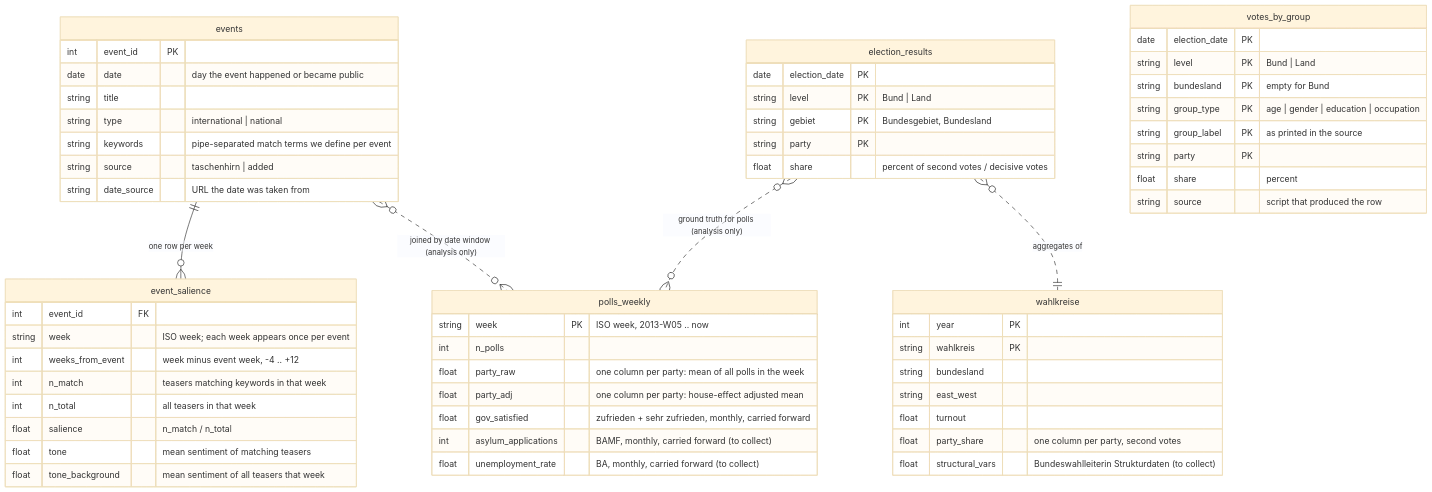
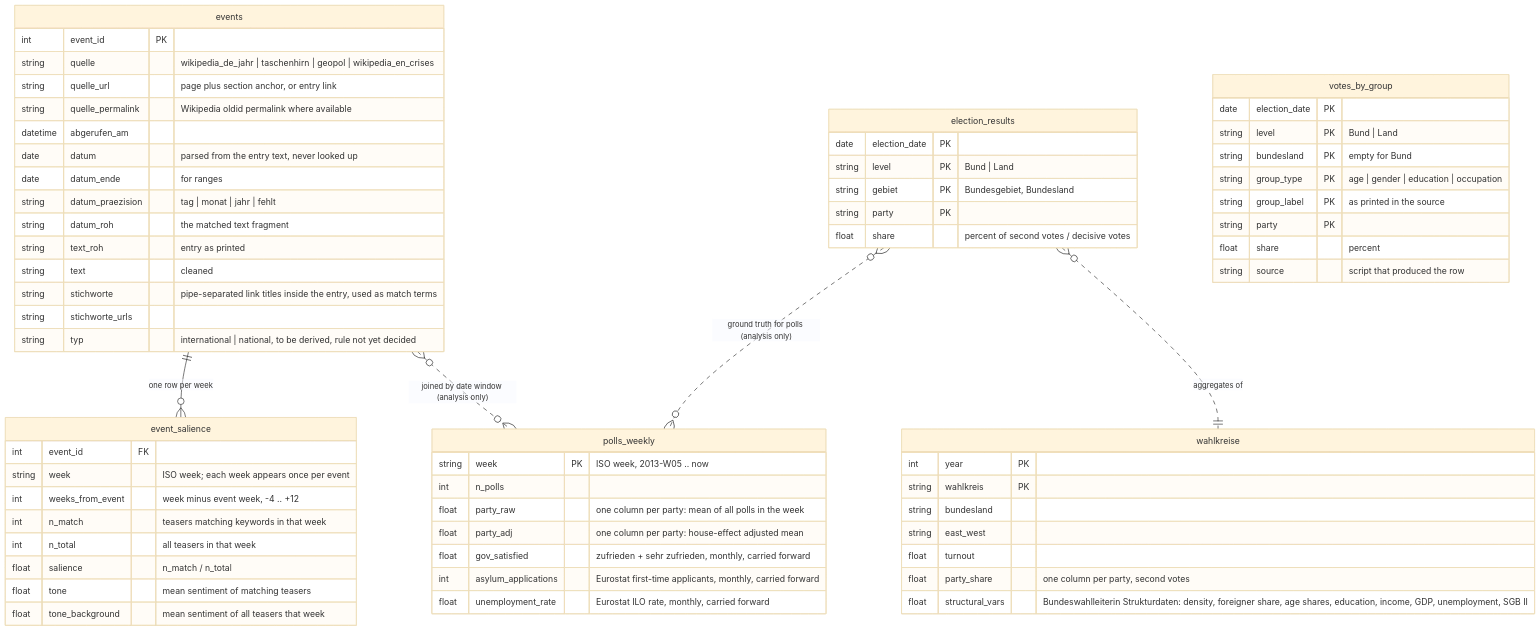
Before and after one commit to zebraschmetterling/DALAS-Project: the diagram in docs/data_model.md, drawn with Mermaid (base theme). The commit also changed other lines of this file and 28 other files, not shown here.

First line of the commit message:
Add event sources, structural data, controls, exit-poll extension, docs and project rules

````diff
--- a/docs/data_model.md
+++ b/docs/data_model.md
@@ -15,67 +15,74 @@
 ```mermaid
 erDiagram
     events ||--o{ event_salience : "one row per week"
     events }o..o{ polls_weekly : "joined by date window (analysis only)"
     election_results }o..o{ polls_weekly : "ground truth for polls (analysis only)"
     election_results }o..|| wahlkreise : "aggregates of"
 
     polls_weekly {
         string week PK "ISO week, 2013-W05 .. now"
         int n_polls
         float party_raw "one column per party: mean of all polls in the week"
         float party_adj "one column per party: house-effect adjusted mean"
         float gov_satisfied "zufrieden + sehr zufrieden, monthly, carried forward"
-        int asylum_applications "BAMF, monthly, carried forward (to collect)"
-        float unemployment_rate "BA, monthly, carried forward (to collect)"
+        int asylum_applications "Eurostat first-time applicants, monthly, carried forward"
+        float unemployment_rate "Eurostat ILO rate, monthly, carried forward"
     }
 
     events {
         int event_id PK
-        date date "day the event happened or became public"
-        string title
-        string type "international | national"
-        string keywords "pipe-separated match terms we define per event"
-        string source "taschenhirn | added"
-        string date_source "URL the date was taken from"
+        string quelle "wikipedia_de_jahr | taschenhirn | geopol | wikipedia_en_crises"
+        string quelle_url "page plus section anchor, or entry link"
+        string quelle_permalink "Wikipedia oldid permalink where available"
+        datetime abgerufen_am
+        date datum "parsed from the entry text, never looked up"
+        date datum_ende "for ranges"
+        string datum_praezision "tag | monat | jahr | fehlt"
+        string datum_roh "the matched text fragment"
+        string text_roh "entry as printed"
+        string text "cleaned"
+        string stichworte "pipe-separated link titles inside the entry, used as match terms"
+        string stichworte_urls
+        string typ "international | national, to be derived, rule not yet decided"
     }
 
     event_salience {
         int event_id FK
         string week "ISO week; each week appears once per event"
         int weeks_from_event "week minus event week, -4 .. +12"
         int n_match "teasers matching keywords in that week"
         int n_total "all teasers in that week"
         float salience "n_match / n_total"
         float tone "mean sentiment of matching teasers"
         float tone_background "mean sentiment of all teasers that week"
     }
 
     votes_by_group {
         date election_date PK
         string level PK "Bund | Land"
         string bundesland PK "empty for Bund"
         string group_type PK "age | gender | education | occupation"
         string group_label PK "as printed in the source"
         string party PK
         float share "percent"
         string source "script that produced the row"
     }
 
     election_results {
         date election_date PK
         string level PK "Bund | Land"
         string gebiet PK "Bundesgebiet, Bundesland"
         string party PK
         float share "percent of second votes / decisive votes"
     }
 
     wahlkreise {
         int year PK
         string wahlkreis PK
         string bundesland
         string east_west
         float turnout
         float party_share "one column per party, second votes"
-        float structural_vars "Bundeswahlleiterin Strukturdaten (to collect)"
+        float structural_vars "Bundeswahlleiterin Strukturdaten: density, foreigner share, age shares, education, income, GDP, unemployment, SGB II"
     }
 ```
````
